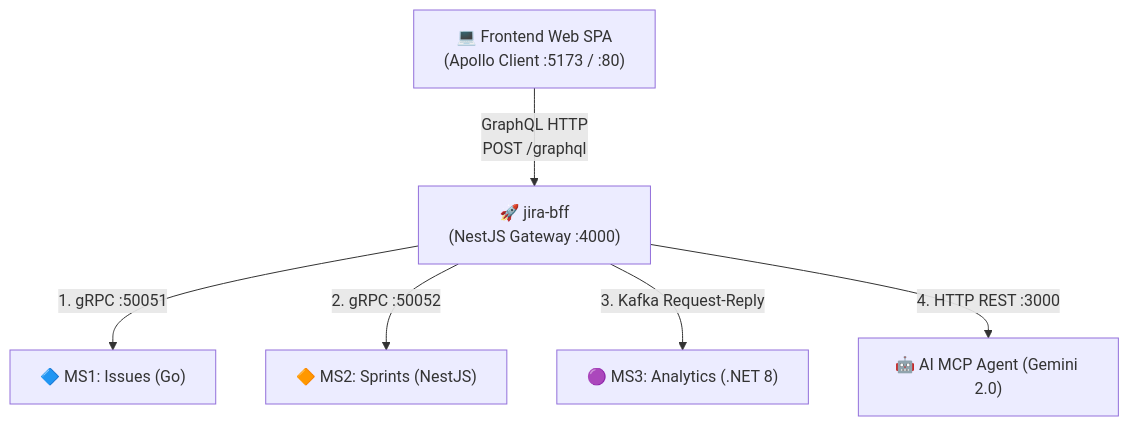
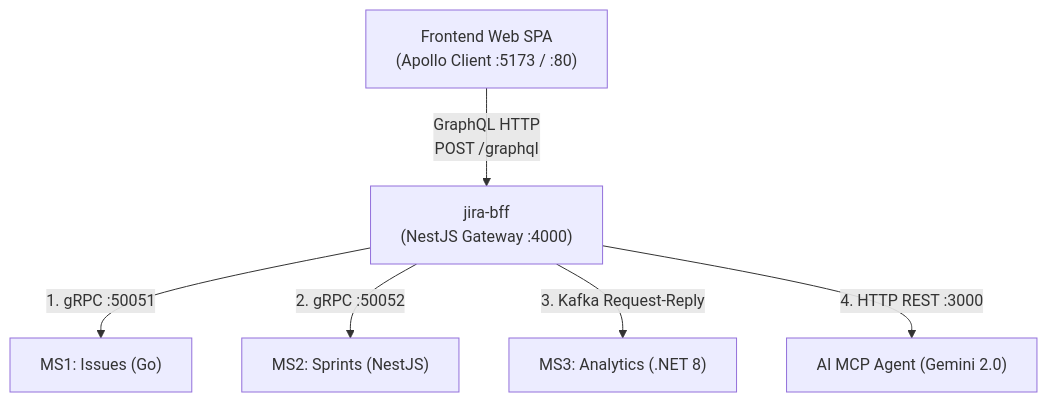
Before and after one commit to ElMatsiii/jira-bff: the diagram in README.md, drawn with Mermaid. The commit also changed other lines of this file and 2 other files, not shown here.

````diff
--- a/README.md
+++ b/README.md
@@ -17,9 +17,9 @@
 ```mermaid
 flowchart TD
-    WEB["💻 Frontend Web SPA\n(Apollo Client :5173 / :80)"] -->|"GraphQL HTTP\nPOST /graphql"| BFF["🚀 jira-bff\n(NestJS Gateway :4000)"]
+    WEB["Frontend Web SPA\n(Apollo Client :5173 / :80)"] -->|"GraphQL HTTP\nPOST /graphql"| BFF["jira-bff\n(NestJS Gateway :4000)"]
     
-    BFF -->|"1. gRPC :50051"| GO["🔷 MS1: Issues (Go)"]
-    BFF -->|"2. gRPC :50052"| NEST["🔶 MS2: Sprints (NestJS)"]
-    BFF -->|"3. Kafka Request-Reply"| NET["🟣 MS3: Analytics (.NET 8)"]
-    BFF -->|"4. HTTP REST :3000"| MCP["🤖 AI MCP Agent (Gemini 2.0)"]
+    BFF -->|"1. gRPC :50051"| GO["MS1: Issues (Go)"]
+    BFF -->|"2. gRPC :50052"| NEST["MS2: Sprints (NestJS)"]
+    BFF -->|"3. Kafka Request-Reply"| NET["MS3: Analytics (.NET 8)"]
+    BFF -->|"4. HTTP REST :3000"| MCP["AI MCP Agent (Gemini 2.0)"]
 ```
````
